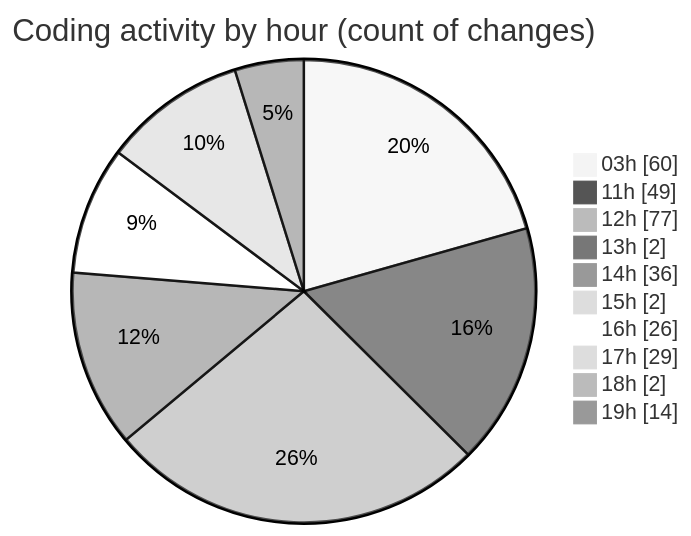
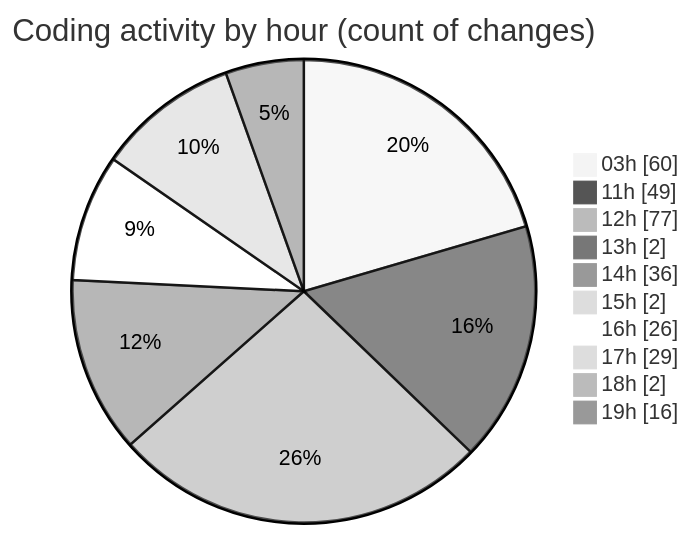
The second of 2 diagrams in 2025-07-02/mern-thinkboard/README.md (Ritupan-Deka/code-tracking), drawn with Mermaid (neutral theme) before and after one commit. The commit also changed other lines of this file and 1 other file, not shown here.

````diff
--- a/2025-07-02/mern-thinkboard/README.md
+++ b/2025-07-02/mern-thinkboard/README.md
@@ -41,14 +41,14 @@
 ```mermaid
 pie showData
 title Coding activity by hour (count of changes)
 "03h" : 60
 "11h" : 49
 "12h" : 77
 "13h" : 2
 "14h" : 36
 "15h" : 2
 "16h" : 26
 "17h" : 29
 "18h" : 2
-"19h" : 14
+"19h" : 16
 ```
````
